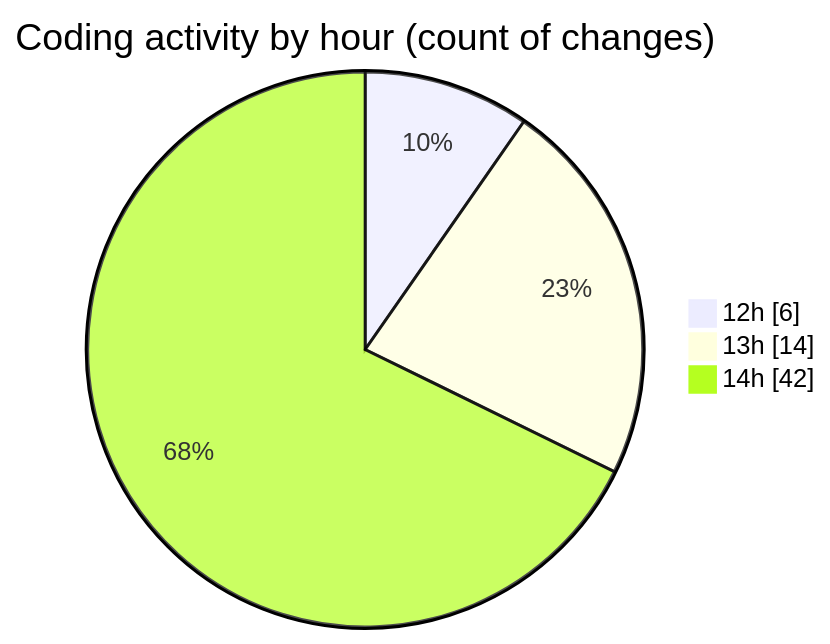
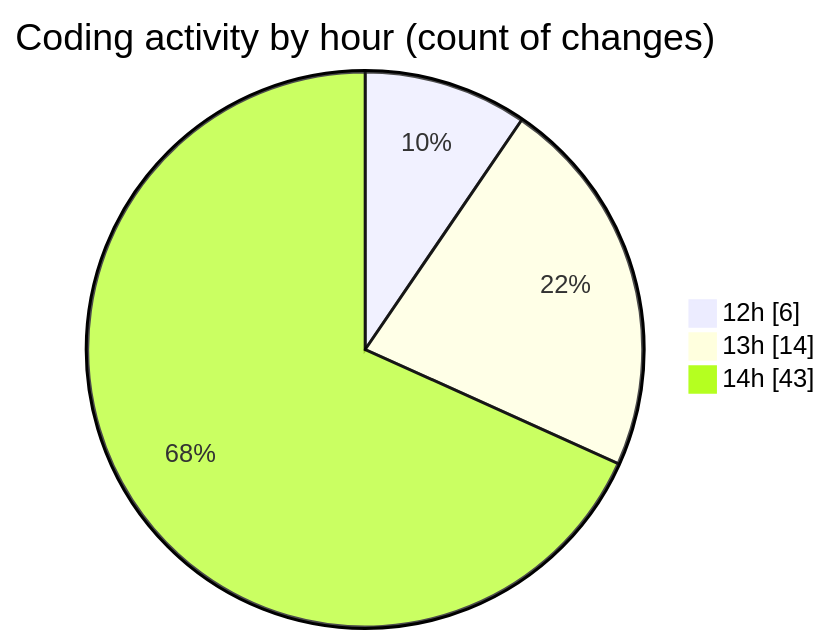
Before and after one commit to momahboobian/code-tracking: the second of 2 diagrams in 2025-02-09/cda/README.md, drawn with Mermaid. The commit also changed other lines of this file and 1 other file, not shown here.

````diff
--- a/2025-02-09/cda/README.md
+++ b/2025-02-09/cda/README.md
@@ -38,7 +39,7 @@
 ```mermaid
 pie showData
 title Coding activity by hour (count of changes)
 "12h" : 6
 "13h" : 14
-"14h" : 42
+"14h" : 43
 ```
````
